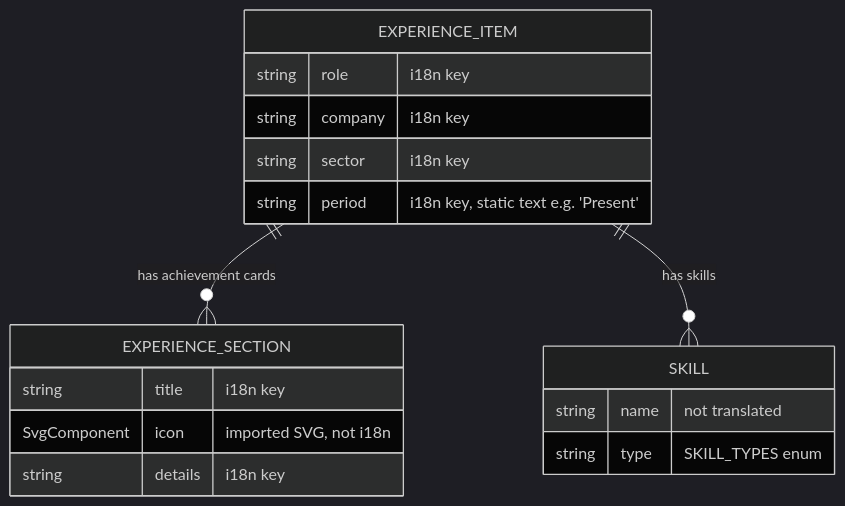
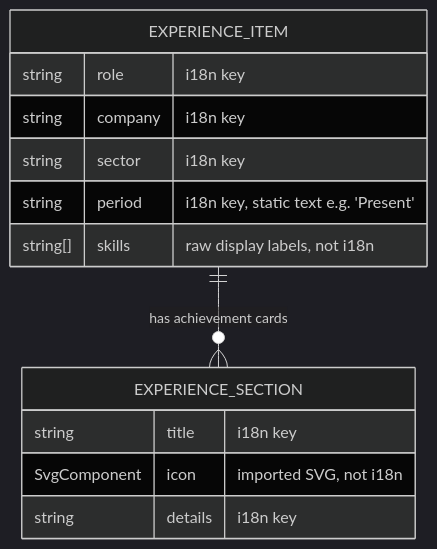
Before and after one commit to Khavoleh/portfolio: the diagram in src/features/experience/EXPERIENCE.md, drawn with Mermaid (dark theme). The commit also changed other lines of this file and 14 other files, not shown here.

````diff
--- a/src/features/experience/EXPERIENCE.md
+++ b/src/features/experience/EXPERIENCE.md
@@ -9,20 +9,16 @@
 ```mermaid
 erDiagram
     EXPERIENCE_ITEM {
         string role "i18n key"
         string company "i18n key"
         string sector "i18n key"
         string period "i18n key, static text e.g. 'Present'"
+        string[] skills "raw display labels, not i18n"
     }
     EXPERIENCE_SECTION {
         string title "i18n key"
         SvgComponent icon "imported SVG, not i18n"
         string details "i18n key"
     }
-    SKILL {
-        string name "not translated"
-        string type "SKILL_TYPES enum"
-    }
     EXPERIENCE_ITEM ||--o{ EXPERIENCE_SECTION : "has achievement cards"
-    EXPERIENCE_ITEM ||--o{ SKILL : "has skills"
 ```
````
